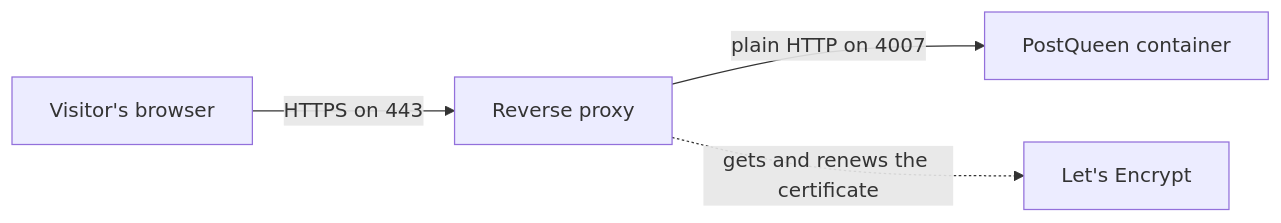
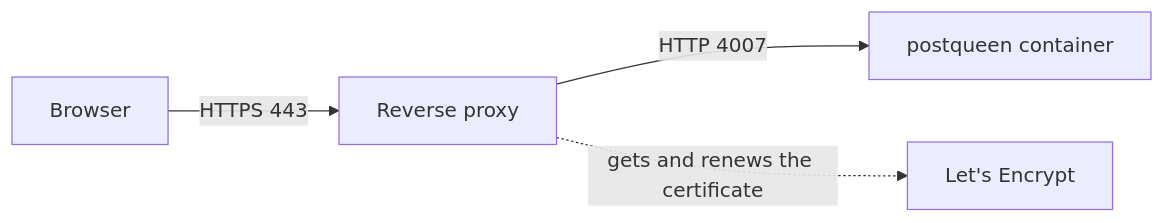
One commit to GkhanKINAY/postqueen-docs changed the diagram in installation/domain-and-https.mdx. Above: the diagram before and after it, drawn with Mermaid. The commit also changed other lines of this file and 14 other files, not shown here.

````diff
--- a/installation/domain-and-https.mdx
+++ b/installation/domain-and-https.mdx
@@ -26,6 +13,6 @@
 ```mermaid
 graph LR;
-	A[Visitor's browser] -->|HTTPS on 443| B[Reverse proxy]
-	B -->|plain HTTP on 4007| C[PostQueen container]
-	B -.->|gets and renews the certificate| D[Let's Encrypt]
+  A[Browser] -->|HTTPS 443| B[Reverse proxy]
+  B -->|HTTP 4007| C[postqueen container]
+  B -.->|gets and renews the certificate| D[Let's Encrypt]
 ```
````
